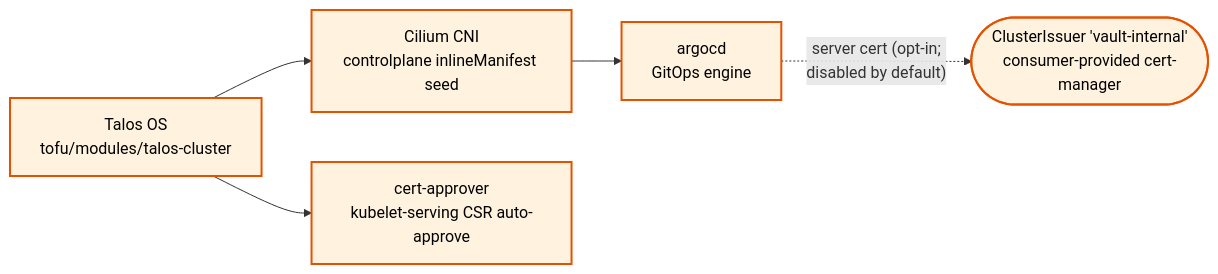
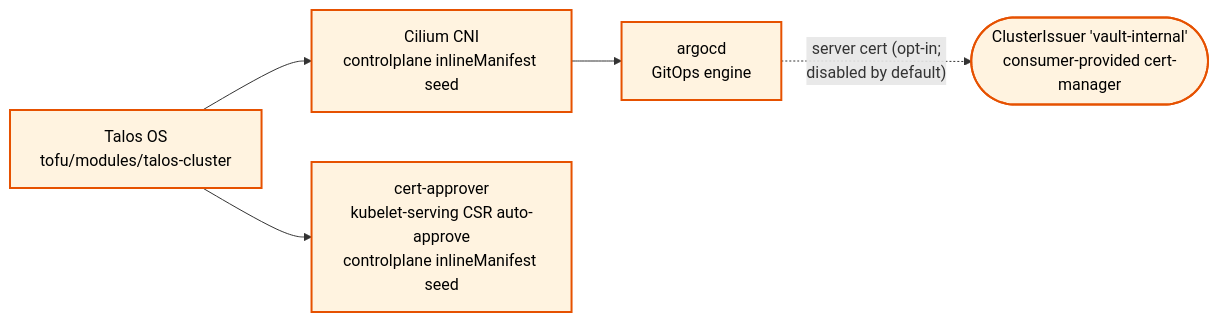
One commit to Nosmoht/talos-platform-base changed the diagram in docs/component-dependencies.md. Above: the diagram before and after it, drawn with Mermaid. The commit also changed other lines of this file and 25 other files, not shown here.

First line of the commit message:
feat(talos)!: kubelet serving-cert rotation default-on + cert-approver as a Talos seed (#155)

````diff
--- a/docs/component-dependencies.md
+++ b/docs/component-dependencies.md
@@ -37,17 +37,17 @@
 ```mermaid
 graph LR
   classDef boot fill:#fff3e0,stroke:#e65100,color:#000,stroke-width:2px
 
   %% Substrate boot/prereq chain --------------------------------------
   talos["Talos OS<br/>tofu/modules/talos-cluster"]:::boot
   cilium["Cilium CNI<br/>controlplane inlineManifest seed"]:::boot
   argocd["argocd<br/>GitOps engine"]:::boot
-  cert-approver["cert-approver<br/>kubelet-serving CSR auto-approve"]:::boot
+  cert-approver["cert-approver<br/>kubelet-serving CSR auto-approve<br/>controlplane inlineManifest seed"]:::boot
 
   talos --> cilium --> argocd
   talos --> cert-approver
 
   %% Opt-in dependency (disabled by default, out-of-base, dotted) -----
   issuer(["ClusterIssuer 'vault-internal'<br/>consumer-provided cert-manager"]):::boot
   argocd -. "server cert (opt-in;<br/>disabled by default)" .-> issuer
 ```
````
